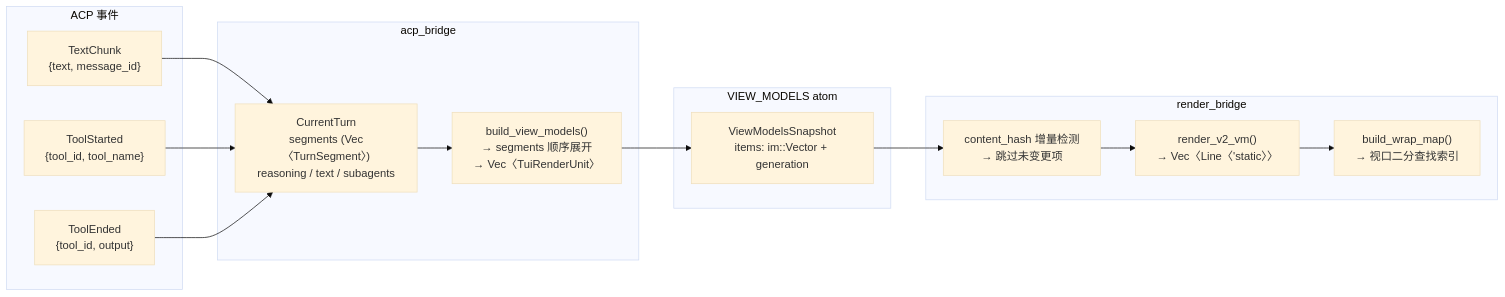
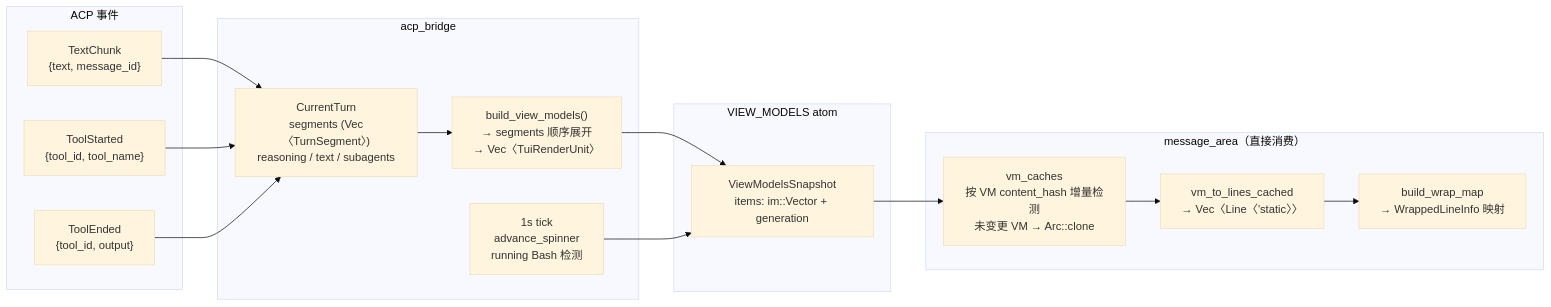
The fourth of 9 diagrams in docs/design/tui-acp-data-flow.md (KonghaYao/peri), drawn with Mermaid (base theme) before and after one commit. The commit also changed other lines of this file and 22 other files, not shown here.

````diff
--- a/docs/design/tui-acp-data-flow.md
+++ b/docs/design/tui-acp-data-flow.md
@@ -306,32 +366,34 @@
 ```mermaid
 graph LR
     subgraph ACP["ACP 事件"]
         TC["TextChunk<br/>{text, message_id}"]
         TS["ToolStarted<br/>{tool_id, tool_name}"]
         TE["ToolEnded<br/>{tool_id, output}"]
     end
 
     subgraph BRIDGE["acp_bridge"]
         CT["CurrentTurn<br/>segments (Vec〈TurnSegment〉)<br/>reasoning / text / subagents"]
         BV["build_view_models()<br/>→ segments 顺序展开<br/>→ Vec〈TuiRenderUnit〉"]
+        TICK["1s tick<br/>advance_spinner<br/>running Bash 检测"]
     end
 
     subgraph ATOM["VIEW_MODELS atom"]
         VM["ViewModelsSnapshot<br/>items: im::Vector + generation"]
     end
 
-    subgraph RENDER["render_bridge"]
-        CV["content_hash 增量检测<br/>→ 跳过未变更项"]
-        RL["render_v2_vm()<br/>→ Vec〈Line〈'static〉〉"]
-        WM["build_wrap_map()<br/>→ 视口二分查找索引"]
+    subgraph MSG["message_area（直接消费）"]
+        CACHE["vm_caches<br/>按 VM content_hash 增量检测<br/>未变更 VM → Arc::clone"]
+        LINES["vm_to_lines_cached<br/>→ Vec〈Line〈'static〉〉"]
+        WRAP["build_wrap_map<br/>→ WrappedLineInfo 映射"]
     end
 
     TC --> CT
     TS --> CT
     TE --> CT
     CT --> BV
     BV --> VM
-    VM --> CV
-    CV --> RL
-    RL --> WM
+    TICK --> VM
+    VM --> CACHE
+    CACHE --> LINES
+    LINES --> WRAP
 ```
````
